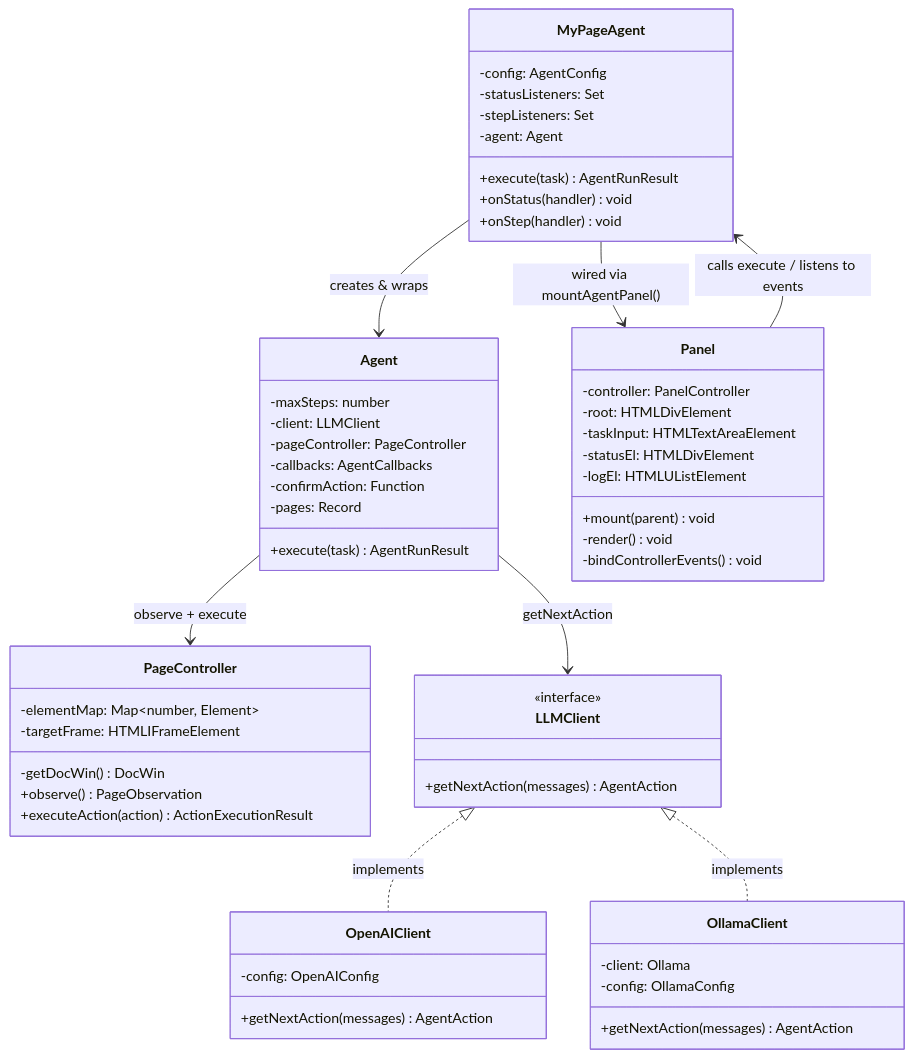
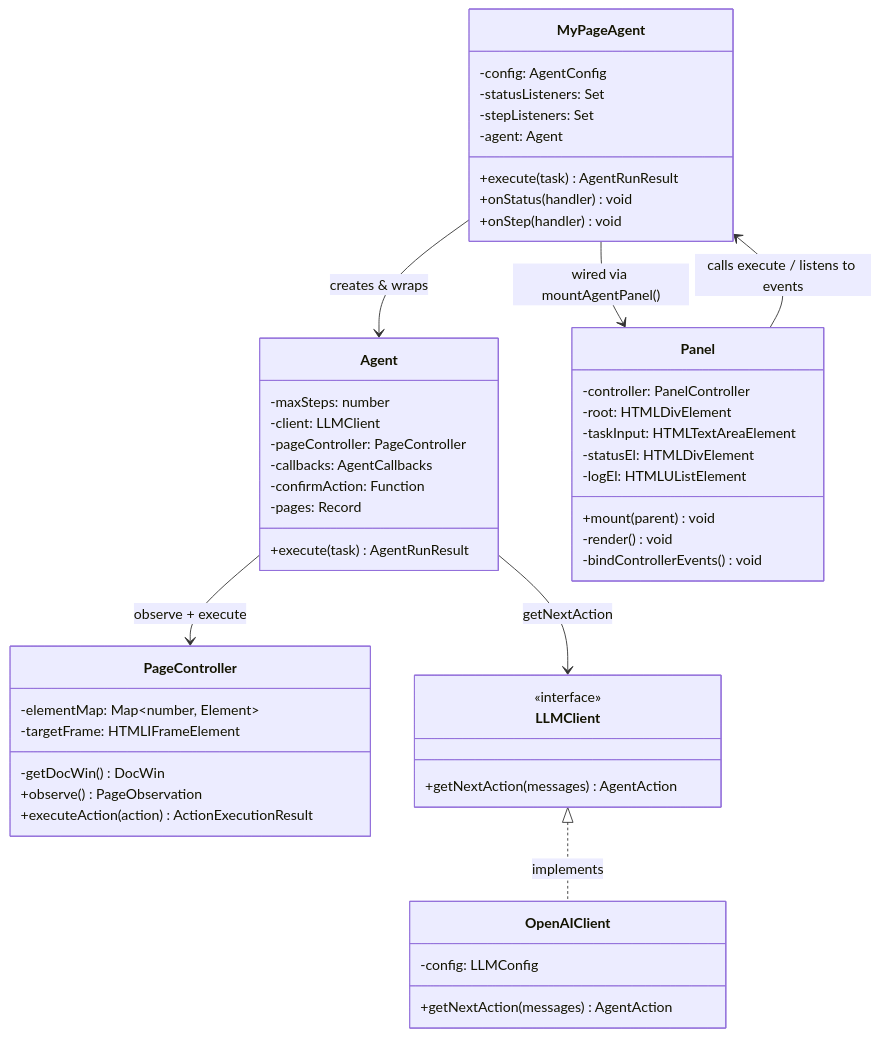
The second of 6 diagrams in ARCHITECTURE.md (abd-maqableh/my-page-agent), drawn with Mermaid before and after one commit. The commit also changed other lines of this file and 27 other files, not shown here.

````diff
--- a/ARCHITECTURE.md
+++ b/ARCHITECTURE.md
@@ -123,65 +120,58 @@
 ```mermaid
 classDiagram
     class MyPageAgent {
         -config: AgentConfig
         -statusListeners: Set
         -stepListeners: Set
         -agent: Agent
         +execute(task) AgentRunResult
         +onStatus(handler) void
         +onStep(handler) void
     }
 
     class Agent {
         -maxSteps: number
         -client: LLMClient
         -pageController: PageController
         -callbacks: AgentCallbacks
         -confirmAction: Function
         -pages: Record
         +execute(task) AgentRunResult
     }
 
     class PageController {
         -elementMap: Map~number, Element~
         -targetFrame: HTMLIFrameElement
         -getDocWin() DocWin
         +observe() PageObservation
         +executeAction(action) ActionExecutionResult
     }
 
     class OpenAIClient {
-        -config: OpenAIConfig
-        +getNextAction(messages) AgentAction
-    }
-
-    class OllamaClient {
-        -client: Ollama
-        -config: OllamaConfig
+        -config: LLMConfig
         +getNextAction(messages) AgentAction
     }
 
     class Panel {
         -controller: PanelController
         -root: HTMLDivElement
         -taskInput: HTMLTextAreaElement
         -statusEl: HTMLDivElement
         -logEl: HTMLUListElement
         +mount(parent) void
         -render() void
         -bindControllerEvents() void
     }
 
     class LLMClient {
         <<interface>>
         +getNextAction(messages) AgentAction
     }
 
     MyPageAgent --> Agent : creates & wraps
     MyPageAgent --> Panel : wired via mountAgentPanel()
     Agent --> PageController : observe + execute
     Agent --> LLMClient : getNextAction
     LLMClient <|.. OpenAIClient : implements
-    LLMClient <|.. OllamaClient : implements
     Panel --> MyPageAgent : calls execute / listens to events
 ```
````
